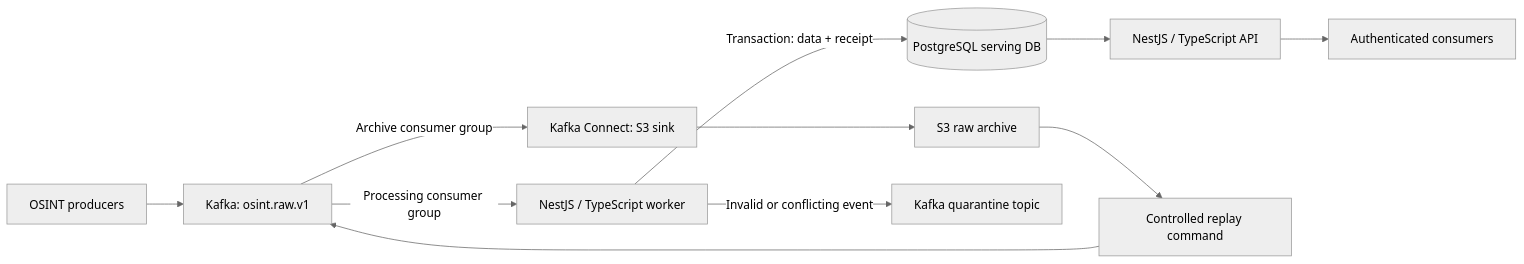
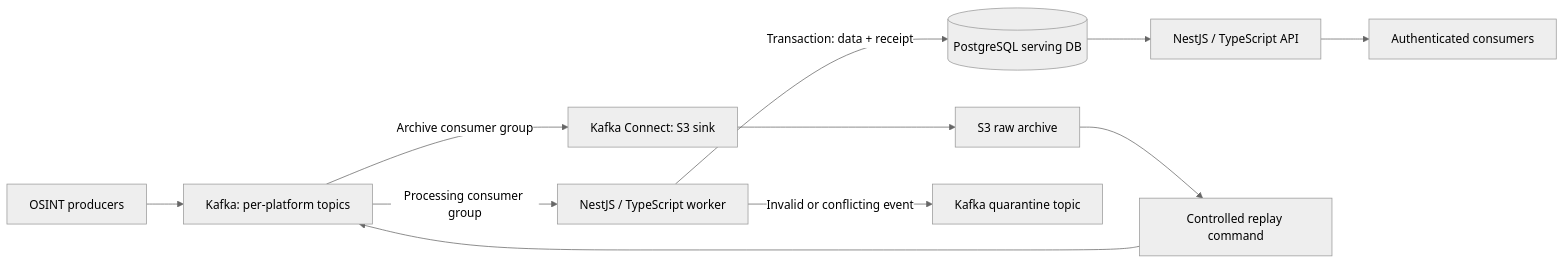
One commit to tabash21/nexus changed the diagram in README.md. Above: the diagram before and after it, drawn with Mermaid (neutral theme). The commit also changed other lines of this file and 123 other files, not shown here.

Commit message:
feat: implement core item ingestion pipeline with database schemas, API, worker, and dashboard components

````diff
--- a/README.md
+++ b/README.md
@@ -7,13 +7,13 @@
 ```mermaid
 flowchart LR
-    Producers[OSINT producers] --> Kafka[Kafka: osint.raw.v1]
+    Producers[OSINT producers] --> Kafka[Kafka: per-platform topics]
     Kafka -->|Archive consumer group| Connect[Kafka Connect: S3 sink]
     Connect --> Raw[S3 raw archive]
     Kafka -->|Processing consumer group| Worker[NestJS / TypeScript worker]
     Worker -->|Transaction: data + receipt| PG[(PostgreSQL serving DB)]
     Worker -->|Invalid or conflicting event| DLQ[Kafka quarantine topic]
     PG --> API[NestJS / TypeScript API]
     API --> Consumers[Authenticated consumers]
     Raw --> Replay[Controlled replay command]
     Replay --> Kafka
 ```
````
